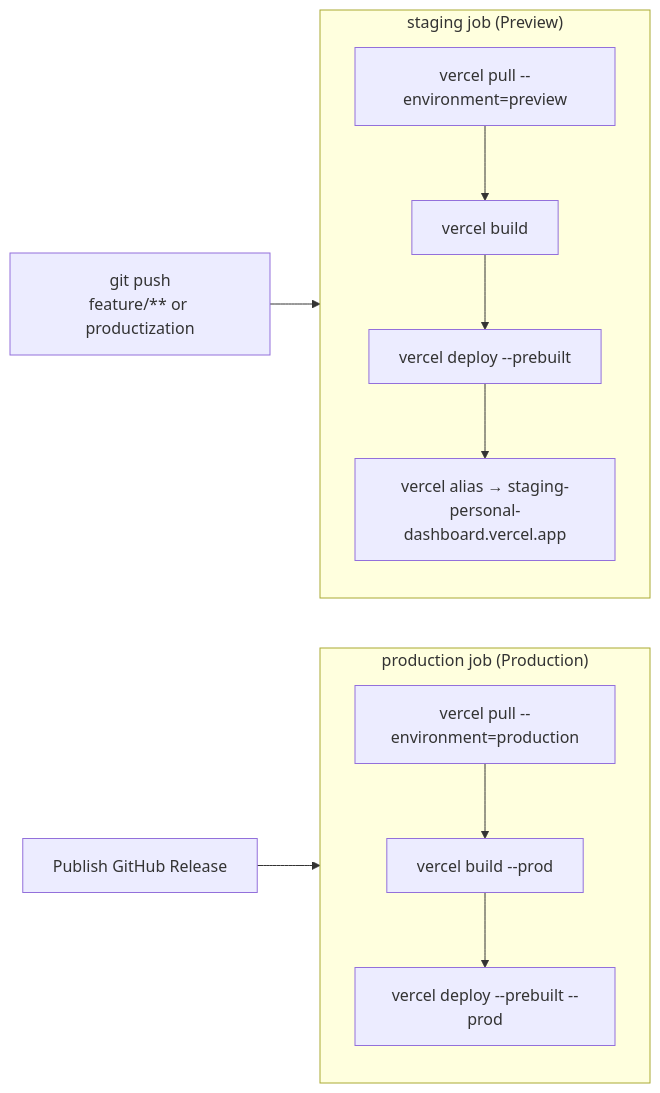
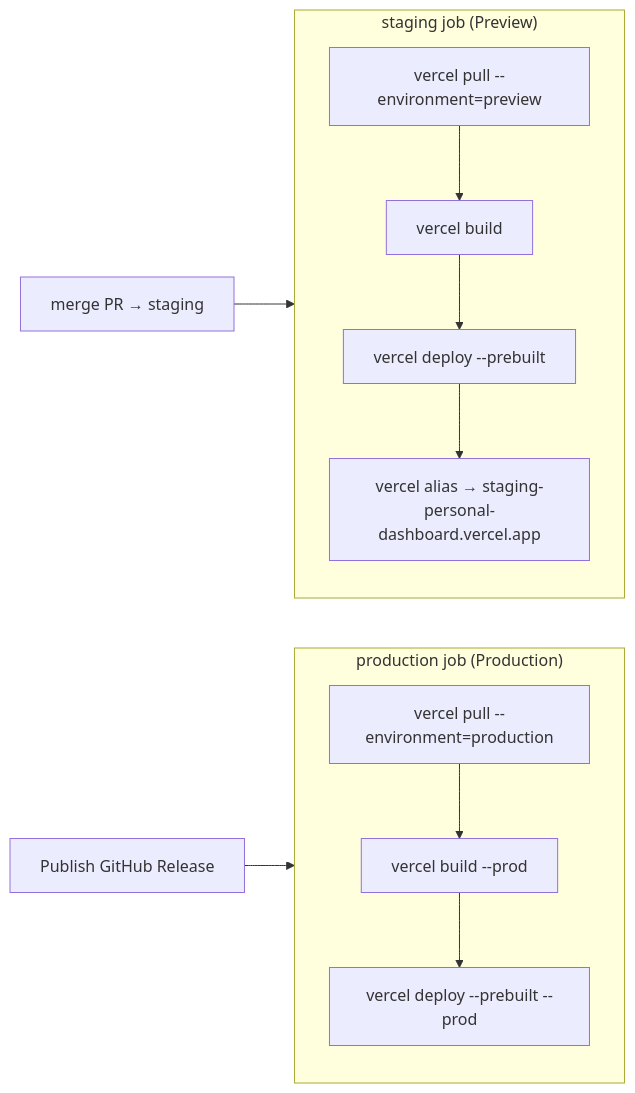
Before and after one commit to reno47/Relax: the first of 2 diagrams in docs/deployment.md, drawn with Mermaid. The commit also changed other lines of this file and 3 other files, not shown here.

````diff
--- a/docs/deployment.md
+++ b/docs/deployment.md
@@ -62,12 +65,12 @@
 ```mermaid
 flowchart LR
-  A["git push<br/>feature/** or productization"] --> S["staging job"]
+  A["merge PR → staging"] --> S["staging job"]
   R["Publish GitHub Release"] --> P["production job"]
 
   subgraph S["staging job (Preview)"]
     s1["vercel pull --environment=preview"] --> s2["vercel build"] --> s3["vercel deploy --prebuilt"] --> s4["vercel alias → staging-personal-dashboard.vercel.app"]
   end
   subgraph P["production job (Production)"]
     p1["vercel pull --environment=production"] --> p2["vercel build --prod"] --> p3["vercel deploy --prebuilt --prod"]
   end
 ```
````
